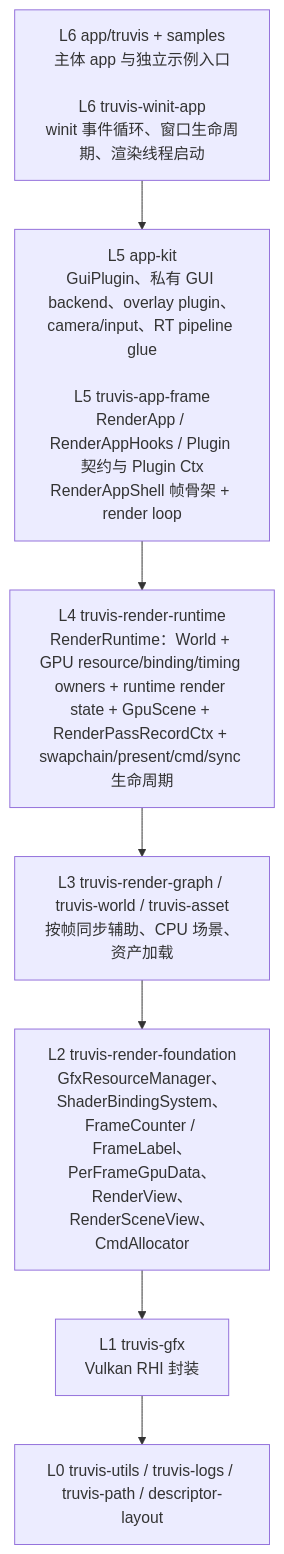
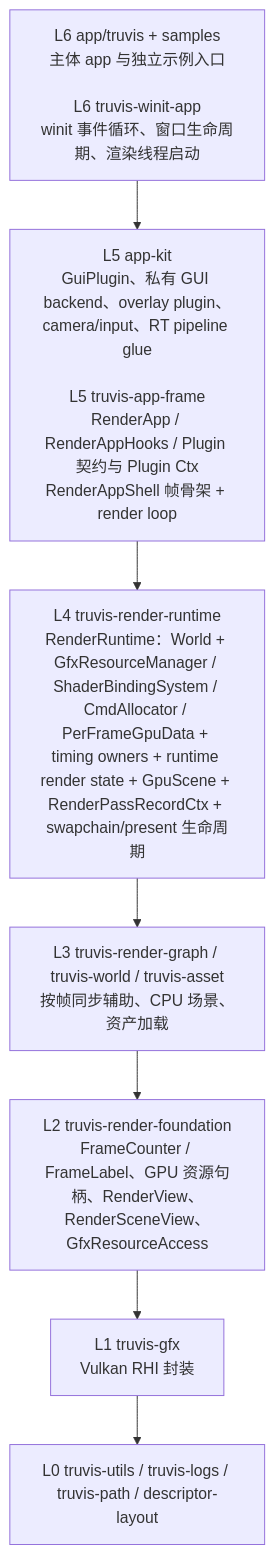
The first of 2 diagrams in docs/summaries/layering-and-dependency-boundaries.md (acccoco/TruvisRenderer), drawn with Mermaid before and after one commit. The commit also changed other lines of this file and 45 other files, not shown here.

Commit message:
refactor 缩减 truvis-render-foundation 的职责范围

````diff
--- a/docs/summaries/layering-and-dependency-boundaries.md
+++ b/docs/summaries/layering-and-dependency-boundaries.md
@@ -9,11 +9,11 @@
 ```mermaid
 flowchart TB
     L6["L6 app/truvis + samples<br/>主体 app 与独立示例入口<br/><br/>L6 truvis-winit-app<br/>winit 事件循环、窗口生命周期、渲染线程启动"]
     L5["L5 app-kit<br/>GuiPlugin、私有 GUI backend、overlay plugin、camera/input、RT pipeline glue<br/><br/>L5 truvis-app-frame<br/>RenderApp / RenderAppHooks / Plugin 契约与 Plugin Ctx<br/>RenderAppShell 帧骨架 + render loop"]
-    L4["L4 truvis-render-runtime<br/>RenderRuntime：World + GPU resource/binding/timing owners + runtime render state + GpuScene + RenderPassRecordCtx + swapchain/present/cmd/sync 生命周期"]
+    L4["L4 truvis-render-runtime<br/>RenderRuntime：World + GfxResourceManager / ShaderBindingSystem / CmdAllocator / PerFrameGpuData + timing owners + runtime render state + GpuScene + RenderPassRecordCtx + swapchain/present 生命周期"]
     L3["L3 truvis-render-graph / truvis-world / truvis-asset<br/>按帧同步辅助、CPU 场景、资产加载"]
-    L2["L2 truvis-render-foundation<br/>GfxResourceManager、ShaderBindingSystem、FrameCounter / FrameLabel、PerFrameGpuData、RenderView、RenderSceneView、CmdAllocator"]
+    L2["L2 truvis-render-foundation<br/>FrameCounter / FrameLabel、GPU 资源句柄、RenderView、RenderSceneView、GfxResourceAccess"]
     L1["L1 truvis-gfx<br/>Vulkan RHI 封装"]
     L0["L0 truvis-utils / truvis-logs / truvis-path / descriptor-layout"]
     L6 --> L5 --> L4 --> L3 --> L2 --> L1 --> L0
 ```
````
